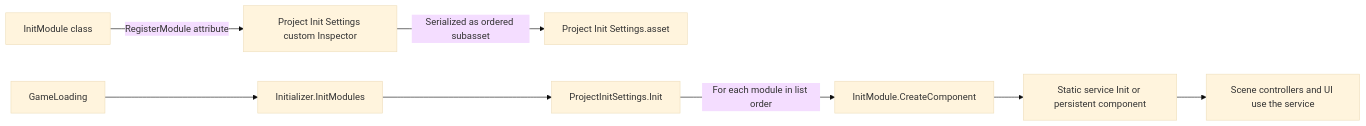
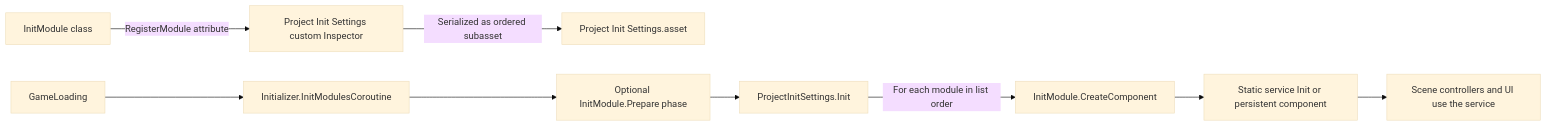
The second of 3 diagrams in README.md (HoNgocThaiGameDev/GameFrameWorkPackage), drawn with Mermaid (base theme) before and after one commit. The commit also changed other lines of this file and 1662 other files, not shown here.

````diff
--- a/README.md
+++ b/README.md
@@ -91,10 +108,11 @@
 ```mermaid
 flowchart LR
     A[InitModule class] -->|RegisterModule attribute| B[Project Init Settings custom Inspector]
     B -->|Serialized as ordered subasset| C[Project Init Settings.asset]
-    D[GameLoading] --> E[Initializer.InitModules]
-    E --> F[ProjectInitSettings.Init]
+    D[GameLoading] --> E[Initializer.InitModulesCoroutine]
+    E --> P[Optional InitModule.Prepare phase]
+    P --> F[ProjectInitSettings.Init]
     F -->|For each module in list order| G[InitModule.CreateComponent]
     G --> H[Static service Init or persistent component]
     H --> I[Scene controllers and UI use the service]
 ```
````
